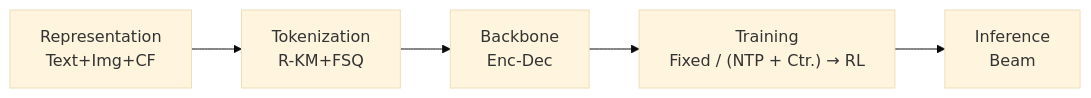
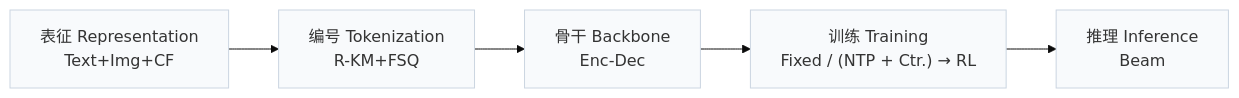
The first of 2 diagrams in pages/zh/papers/onemall.md (Galaxy-ghost/Awesome-SID-Generative-Rec), drawn with Mermaid (base theme) before and after one commit. The commit also changed other lines of this file and 649 other files, not shown here.

Commit message:
writer-05: also tags and modality index (schema, check, build, visuals); summary field removed; calibration data for 12 papers

````diff
--- a/pages/zh/papers/onemall.md
+++ b/pages/zh/papers/onemall.md
@@ -13,4 +15,6 @@
 ```mermaid
 flowchart LR
-    R["Representation<br/>Text+Img+CF"] --> T["Tokenization<br/>R-KM+FSQ"] --> B["Backbone<br/>Enc-Dec"] --> TR["Training<br/>Fixed / (NTP + Ctr.) → RL"] --> I["Inference<br/>Beam"]
+    R["表征 Representation<br/>Text+Img+CF"] --> T["编号 Tokenization<br/>R-KM+FSQ"] --> B["骨干 Backbone<br/>Enc-Dec"] --> TR["训练 Training<br/>Fixed / (NTP + Ctr.) → RL"] --> I["推理 Inference<br/>Beam"]
+    classDef base fill:#f8fafc,stroke:#cbd5e1
+    class R,T,B,TR,I base
 ```
````
